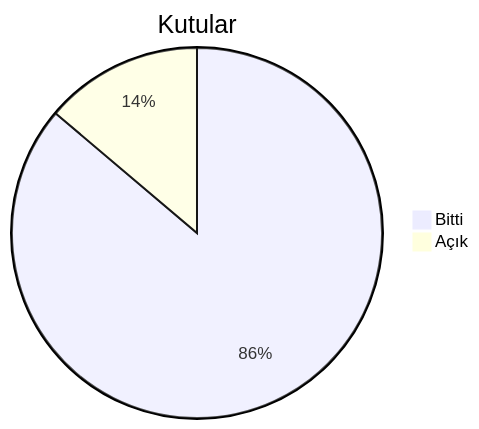
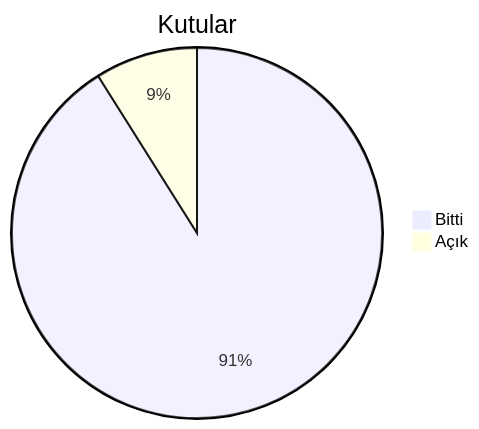
One commit to dogancanyildiz/kenet changed the second of 4 diagrams in docs/roadmap.md. Above: the diagram before and after it, drawn with Mermaid. The commit also changed other lines of this file and 4 other files, not shown here.

````diff
--- a/docs/roadmap.md
+++ b/docs/roadmap.md
@@ -45,5 +45,5 @@
 ```mermaid
 pie title Kutular
-    "Bitti" : 106
-    "Açık" : 17
+    "Bitti" : 112
+    "Açık" : 11
 ```
````
